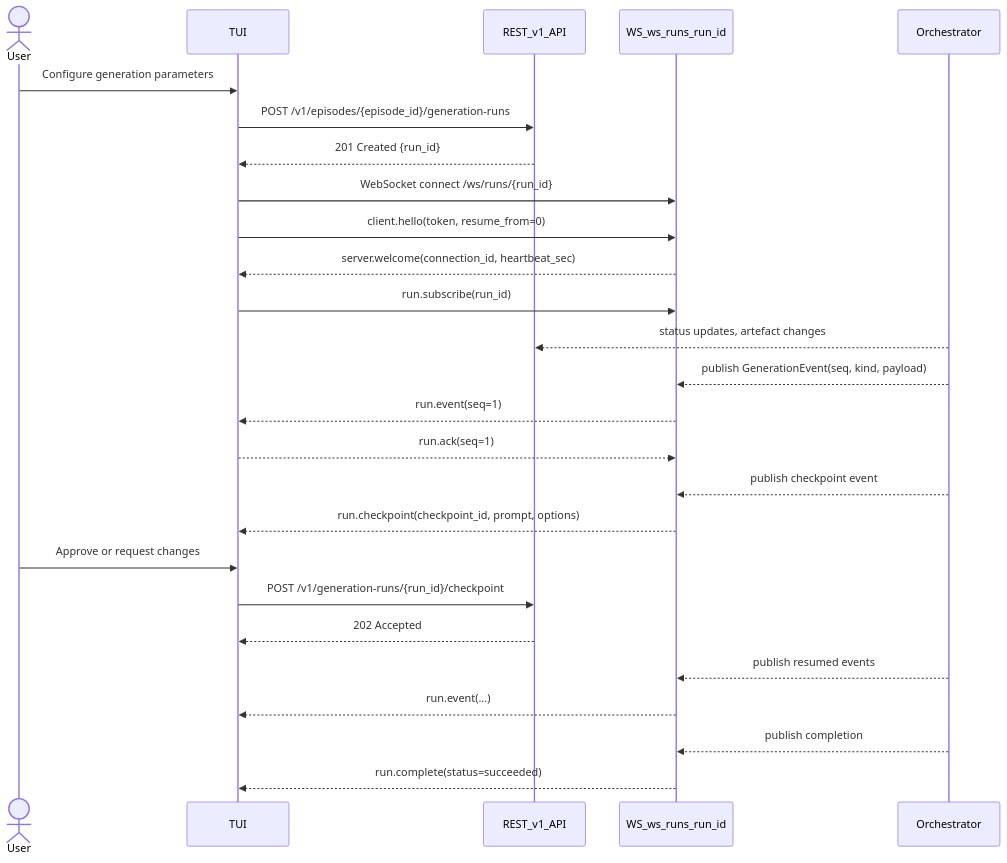
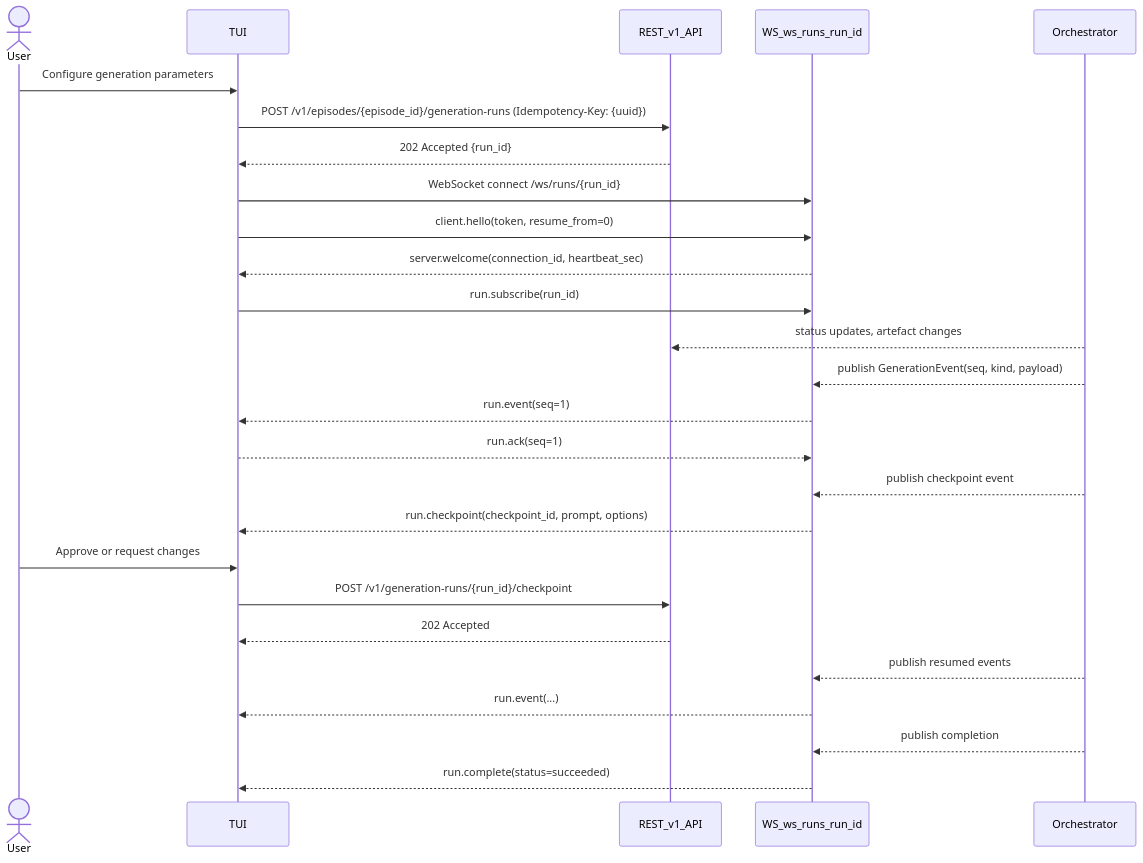
The seventh of 8 diagrams in docs/episodic-tui-api-design.md (leynos/episodic), drawn with Mermaid before and after one commit. The commit also changed other lines of this file and 5 other files, not shown here.

````diff
--- a/docs/episodic-tui-api-design.md
+++ b/docs/episodic-tui-api-design.md
@@ -1016,35 +1098,35 @@
 ```mermaid
 sequenceDiagram
     actor User
     participant TUI
     participant REST_v1 as REST_v1_API
     participant WS_runs as WS_ws_runs_run_id
     participant Orchestrator
 
     User->>TUI: Configure generation parameters
-    TUI->>REST_v1: POST /v1/episodes/{episode_id}/generation-runs
-    REST_v1-->>TUI: 201 Created {run_id}
+    TUI->>REST_v1: POST /v1/episodes/{episode_id}/generation-runs (Idempotency-Key: {uuid})
+    REST_v1-->>TUI: 202 Accepted {run_id}
 
     TUI->>WS_runs: WebSocket connect /ws/runs/{run_id}
     TUI->>WS_runs: client.hello(token, resume_from=0)
     WS_runs-->>TUI: server.welcome(connection_id, heartbeat_sec)
     TUI->>WS_runs: run.subscribe(run_id)
 
     Orchestrator-->>REST_v1: status updates, artefact changes
     Orchestrator-->>WS_runs: publish GenerationEvent(seq, kind, payload)
     WS_runs-->>TUI: run.event(seq=1)
     TUI-->>WS_runs: run.ack(seq=1)
 
     Orchestrator-->>WS_runs: publish checkpoint event
     WS_runs-->>TUI: run.checkpoint(checkpoint_id, prompt, options)
 
     User->>TUI: Approve or request changes
     TUI->>REST_v1: POST /v1/generation-runs/{run_id}/checkpoint
     REST_v1-->>TUI: 202 Accepted
 
     Orchestrator-->>WS_runs: publish resumed events
     WS_runs-->>TUI: run.event(...)
 
     Orchestrator-->>WS_runs: publish completion
     WS_runs-->>TUI: run.complete(status=succeeded)
 ```
````
